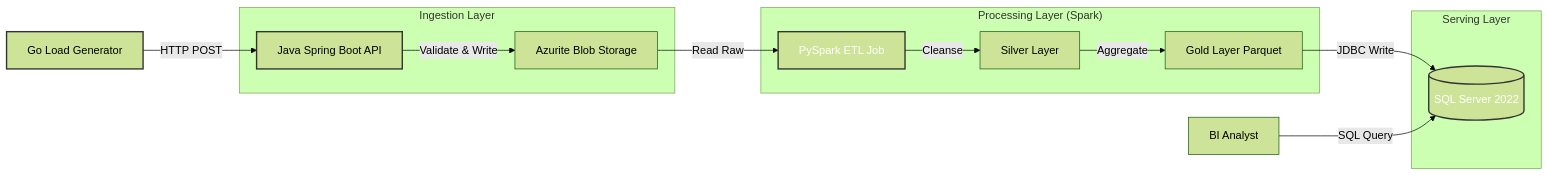
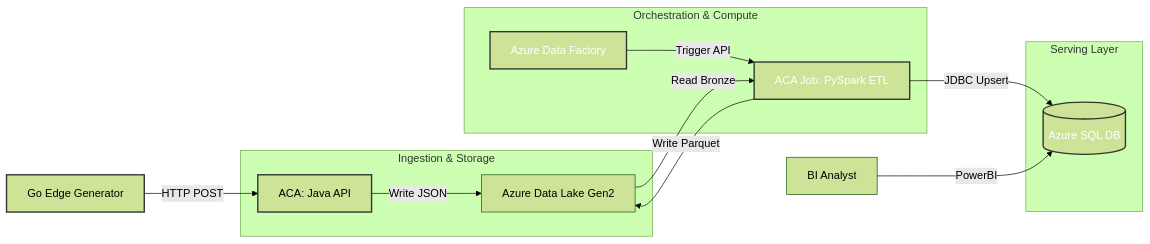
Before and after one commit to Nibir1/craneops-datahub: the diagram in README.md, drawn with Mermaid (forest theme). The commit also changed other lines of this file and 3 other files, not shown here.

First line of the commit message:
feat: complete Enterprise Orchestration with ADF

````diff
--- a/README.md
+++ b/README.md
@@ -45,26 +45,27 @@
 ```mermaid
 graph LR
-    Source[Go Load Generator] -- "HTTP POST" --> Ingest[Java Spring Boot API]
+    Source[Go Edge Generator] -- "HTTP POST" --> Ingest[ACA: Java API]
     
-    subgraph "Ingestion Layer"
-        Ingest -- "Validate & Write" --> Bronze[Azurite Blob Storage]
+    subgraph "Ingestion & Storage"
+        Ingest -- "Write JSON" --> ADLS[Azure Data Lake Gen2]
     end
     
-    subgraph "Processing Layer (Spark)"
-        Bronze -- "Read Raw" --> Spark[PySpark ETL Job]
-        Spark -- "Cleanse" --> Silver[Silver Layer]
-        Silver -- "Aggregate" --> Gold[Gold Layer Parquet]
+    subgraph "Orchestration & Compute"
+        ADF[Azure Data Factory] -- "Trigger API" --> Spark[ACA Job: PySpark ETL]
+        ADLS -- "Read Bronze" --> Spark
+        Spark -- "Write Parquet" --> ADLS
     end
     
     subgraph "Serving Layer"
-        Gold -- "JDBC Write" --> SQL[(SQL Server 2022)]
+        Spark -- "JDBC Upsert" --> SQL[(Azure SQL DB)]
     end
     
-    User[BI Analyst] -- "SQL Query" --> SQL
+    User[BI Analyst] -- "PowerBI" --> SQL
     
     style Source stroke:#333,stroke-width:2px
     style Ingest stroke:#333,stroke-width:2px
+    style ADF stroke:#333,stroke-width:2px,color:white
     style Spark stroke:#333,stroke-width:2px,color:white
     style SQL stroke:#333,stroke-width:2px,color:white
 
 ```
````
